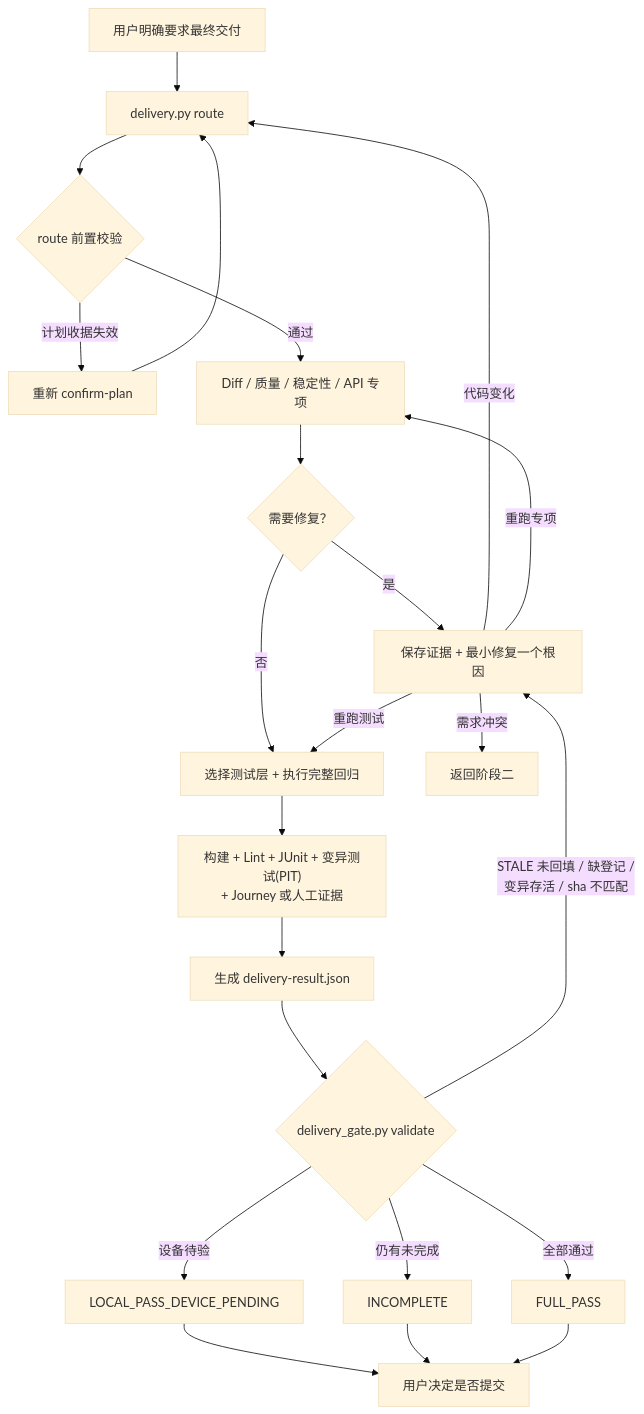
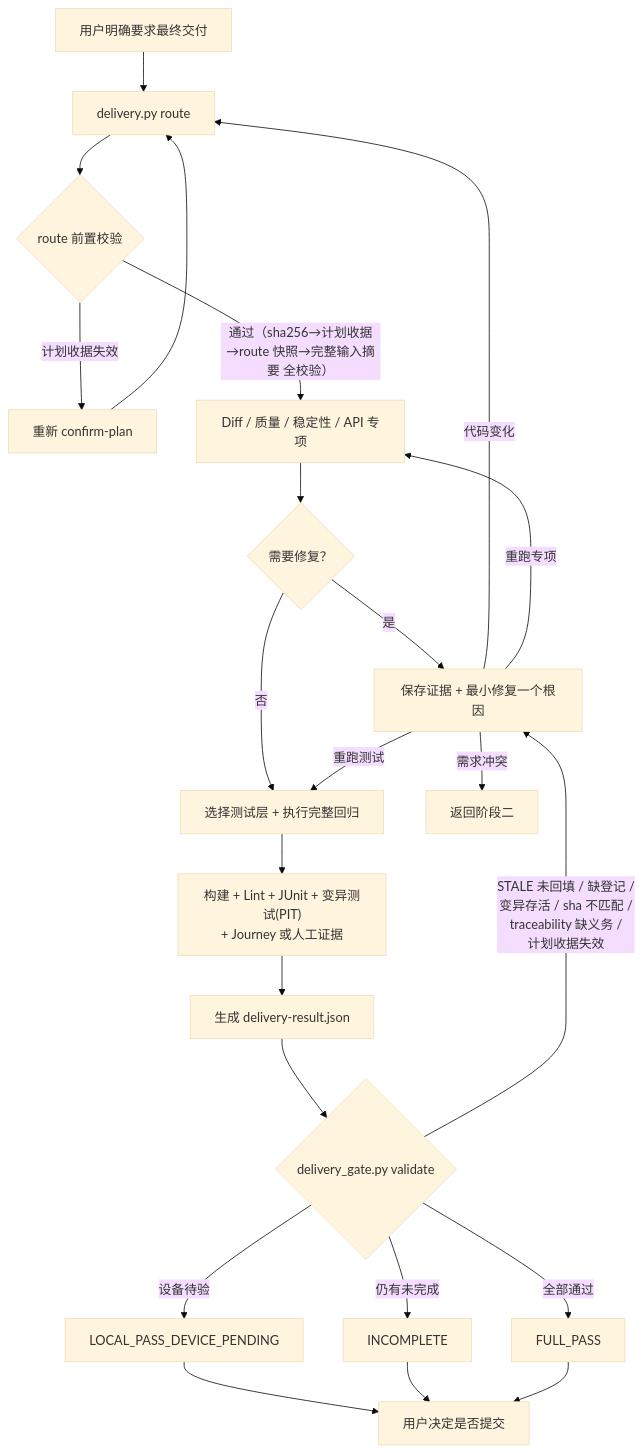
Before and after one commit to yejuntian/android-delivery-skills: the fourth of 9 diagrams in FLOW_DIAGRAMS.md, drawn with Mermaid (base theme). The commit also changed other lines of this file, not shown here.

Commit message:
fix(android-delivery): 流程图与代码对齐（自核查修正 3 处）
自核查 9 张 mermaid 流程图与真实代码行为，修正 3 处不精确：
1. 阶段一 FACTS 补"提示建立 traceability.md（如缺失）"（delivery.py 检测）
2. 阶段三 route 通过分支补"sha256→计划收据→route 快照→完整输入摘要 全校验"
3. 阶段三 gate 拦截条件补 traceability 缺义务 + 计划收据失效
4. 续接旧需求节点文字改为"<需求名>.md 注明关联需求"

9 张图逐节点对照代码行号核查通过，全部一致。

````diff
--- a/FLOW_DIAGRAMS.md
+++ b/FLOW_DIAGRAMS.md
@@ -77,25 +77,25 @@
 ```mermaid
 flowchart TD
     J["用户明确要求最终交付"] --> L["delivery.py route"]
     L --> L1{"route 前置校验"}
     L1 -- "计划收据失效" --> L2["重新 confirm-plan"]
     L2 --> L
-    L1 -- "通过" --> M["Diff / 质量 / 稳定性 / API 专项"]
+    L1 -- "通过（sha256→计划收据→route 快照→完整输入摘要 全校验）" --> M["Diff / 质量 / 稳定性 / API 专项"]
     M --> M0{"需要修复？"}
     M0 -- "是" --> FIX["保存证据 + 最小修复一个根因"]
     M0 -- "否" --> N["选择测试层 + 执行完整回归"]
     FIX -- "需求冲突" --> BACK["返回阶段二"]
     FIX -- "代码变化" --> L
     FIX -- "重跑专项" --> M
     FIX -- "重跑测试" --> N
     N --> O["构建 + Lint + JUnit + 变异测试(PIT)<br/>+ Journey 或人工证据"]
     O --> P["生成 delivery-result.json"]
     P --> Q{"delivery_gate.py validate"}
-    Q -- "STALE 未回填 / 缺登记 /<br/>变异存活 / sha 不匹配" --> FIX
+    Q -- "STALE 未回填 / 缺登记 /<br/>变异存活 / sha 不匹配 /<br/>traceability 缺义务 /<br/>计划收据失效" --> FIX
     Q -- "设备待验" --> DEVICE["LOCAL_PASS_DEVICE_PENDING"]
     Q -- "仍有未完成" --> INCOMPLETE["INCOMPLETE"]
     Q -- "全部通过" --> PASS["FULL_PASS"]
     DEVICE --> COMMIT["用户决定是否提交"]
     INCOMPLETE --> COMMIT
     PASS --> COMMIT
 ```
````
